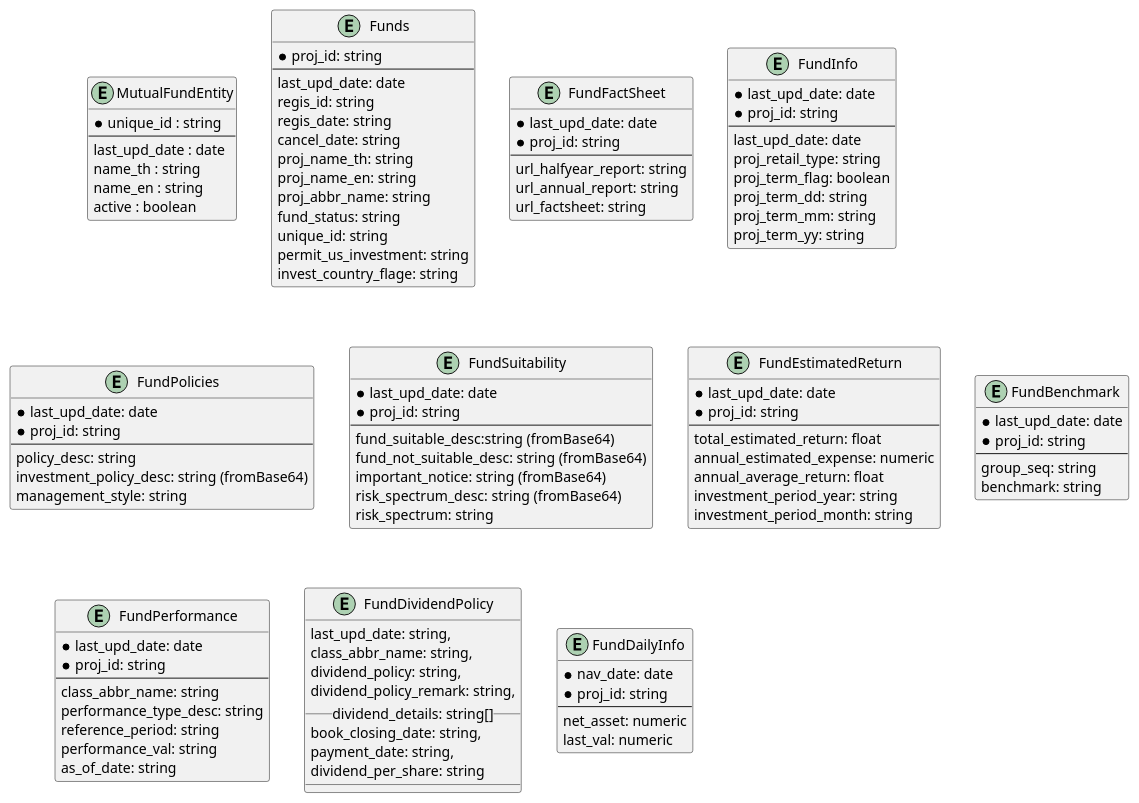
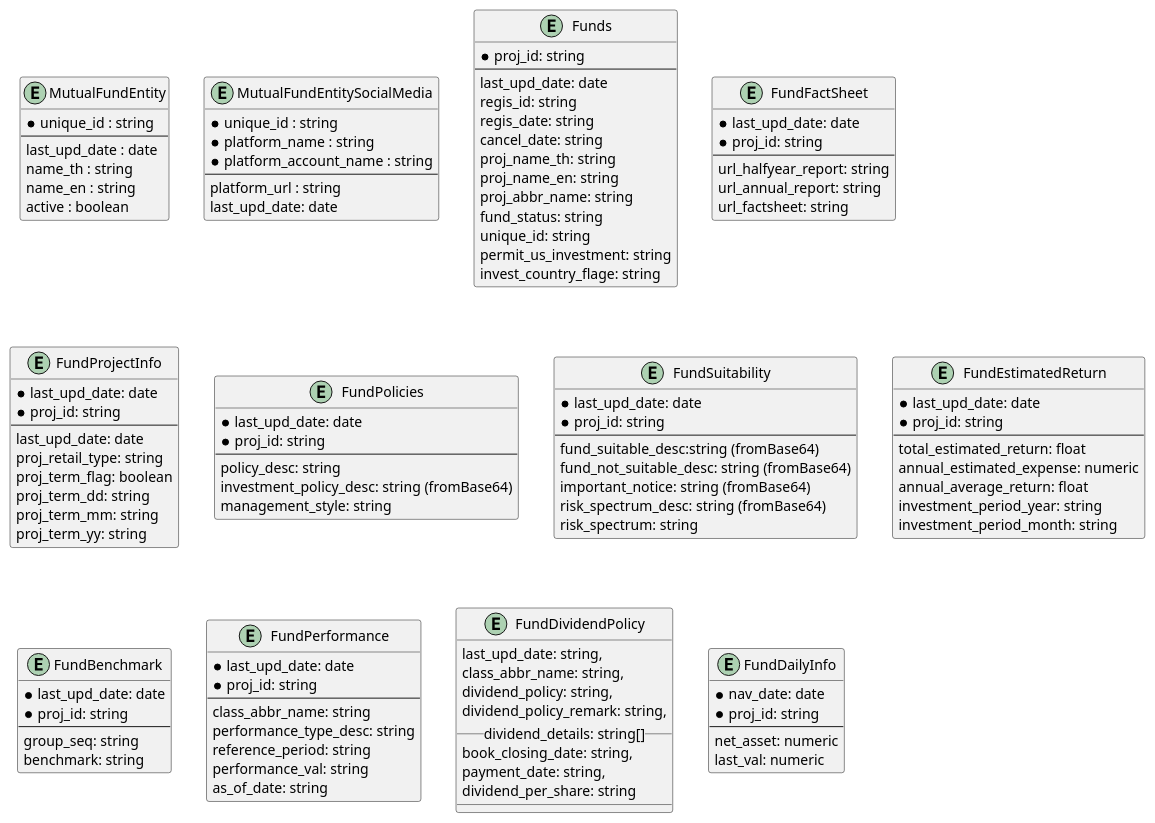
Before and after one commit to FaiiFaiipuipui/CuHighTech24Hackathon_Backend: the diagram in documentation/DatabaseERD.puml, drawn with PlantUML.

Commit message:
Add SEC Fund Factsheet API entities and properties

```diff
--- a/documentation/DatabaseERD.puml
+++ b/documentation/DatabaseERD.puml
@@ -1,136 +1,163 @@
-@startuml
+@startuml Database
+
+/' SEC Fund Factsheet API 01 '/
 entity MutualFundEntity {
     *unique_id : string
     /' รหัสบลจ '/
     --
     last_upd_date : date
     name_th : string
     name_en : string
     active : boolean
 }
 
+entity MutualFundEntitySocialMedia {
+    *unique_id : string
+    *platform_name : string
+    *platform_account_name : string
+    --
+    platform_url : string
+    last_upd_date: date
+}
+
+/' SEC Fund Factsheet API 02 '/
 entity Funds {
     * proj_id: string
     --
     last_upd_date: date
     regis_id: string
     regis_date: string
     cancel_date: string
     proj_name_th: string
     proj_name_en: string
     proj_abbr_name: string
     fund_status: string
     /'สถานะกอง
     SE = อนุมัติ(อยู่ระหว่าง Filing)
     EX = หมดเวลาเสนอขาย
     RG = จดทะเบียน
     CA = เลิกโครงการ
     LI = จดทะเบียนเลิก '/
     unique_id: string
     permit_us_investment: string
     invest_country_flage: string
+    /' การลงทุนต่างประเทศ
+	1 = กองทุนรวมที่เน้นลงทุนแบบมีความเสี่ยงต่างประเทศ
+	2 = ลงทุนในต่างประเทศบางส่วน
+	3 = กองทุนที่ลงทุนแบบไม่มีความเสี่ยงต่างประเทศ
+	4 = กองทุนที่ลงทุนแบบมีความเสี่ยงทั้งในและต่างประเทศ '/
 }
 
+/' SEC Fund Factsheet API 04 '/
 entity FundFactSheet {
     * last_upd_date: date
     * proj_id: string
     --
     url_halfyear_report: string
     url_annual_report: string
     url_factsheet: string
 }
 
-entity FundInfo {
+/' SEC Fund Factsheet API 07 '/
+entity FundProjectInfo {
     * last_upd_date: date
     * proj_id: string
     --
     last_upd_date: date
     proj_retail_type: string
     /'     ลักษณะโครงการ -- R , A , N , G , X, H , {null}  
     A กองทุนรวมที่เสนอขายเฉพาะผู้ลงทุนที่มิใช่รายย่อย
     B กองทุนรวมที่เสนอขายเฉพาะผู้มีเงินลงทุนสูง
     G กองทุนรวมพิเศษเพื่อตอบสนองนโยบายภาครัฐ
     H กองทุนรวมที่เสนอขายผู้ลงทุนที่มิใช่รายย่อยและผู้มีเงินลงทุนสูง
     N กองทุนเพื่อผู้ลงทุนสถาบัน
     R กองทุนเพื่อผู้ลงทุนทั่วไป
     X กองทุนรวมที่เสนอขายผู้ลงทุนสถาบันและผู้ลงทุนรายใหญ่พิเศษ  '/
     proj_term_flag: boolean
     proj_term_dd: string
     proj_term_mm: string
     proj_term_yy: string
 }
 
+/' SEC Fund Factsheet API 08 '/
 entity FundPolicies {
     * last_upd_date: date
     * proj_id: string
     --
     policy_desc: string
     investment_policy_desc: string (fromBase64)
     management_style: string
+    /' กลยุทธ์การบริหารจัดการกองทุน (Management Style) AM = มุ่งหวังให้ผลประกอบการสูงกว่าดัชนีชี้วัด (active management) BH = มีกลยุทธ์การลงทุนครั้งเดียว (buy-and-hold) SM = มุ่งหวังให้ผลประกอบการเคลื่อนไหวตามดัชนีชี้วัด และในบางโอกาสอาจสร้างผลตอบแทนสูงกว่าดัชนีชี้วัด OT = อื่น ๆ PM = มุ่งหวังให้ผลประกอบการเคลื่อนไหวตามดัชนีชี้วัด (passive management/index tracking) '/
 }
 
+/' SEC Fund Factsheet API 12 '/
 entity FundSuitability {
     * last_upd_date: date
     * proj_id: string
     --
     fund_suitable_desc:string (fromBase64)
     fund_not_suitable_desc: string (fromBase64)
     important_notice: string (fromBase64)
     risk_spectrum_desc: string (fromBase64)
     risk_spectrum: string
     /' Risk Spectrum: 1 - 8+ '/
 }
 
+/' SEC Fund Factsheet API 16 '/
 entity FundEstimatedReturn {
     * last_upd_date: date
     * proj_id: string
     --
     total_estimated_return: float
     annual_estimated_expense: numeric
     annual_average_return: float
     investment_period_year: string
     investment_period_month: string
 }
 
+/' SEC Fund Factsheet API 18 '/
 entity FundBenchmark {
     * last_upd_date: date
     * proj_id: string
     --
     group_seq: string
     benchmark: string
 }
 
+/' SEC Fund Factsheet API 22 '/
 entity FundPerformance {
     * last_upd_date: date
     * proj_id: string
     --
     class_abbr_name: string
     performance_type_desc: string
     reference_period: string
     performance_val: string
     as_of_date: string
 }
 
+/' SEC Fund Factsheet API 24 '/
 entity FundDividendPolicy {
     last_upd_date: string,
     class_abbr_name: string,
     dividend_policy: string,
     dividend_policy_remark: string,
     __dividend_details: string[]__
     book_closing_date: string,
     payment_date: string,
     dividend_per_share: string
     __
 }
 
+/' SEC Fund Daily Info API 01 '/
 entity FundDailyInfo {
     * nav_date: date
     /' Net Asset Value Date '/
     * proj_id: string
     --
     net_asset: numeric
     last_val: numeric
 }
 
 
 @enduml
```
